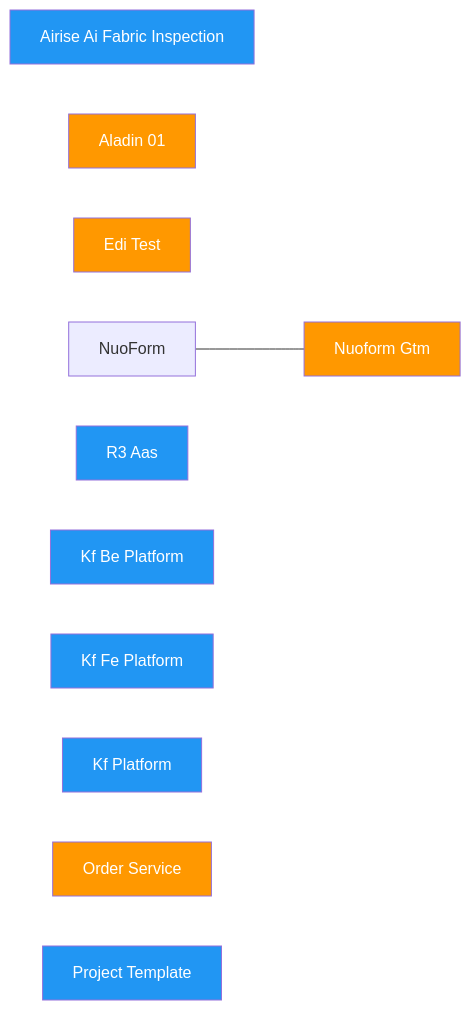
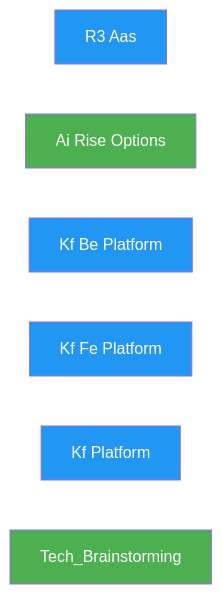
Before and after one commit to Katty-Fashion/kf-cpto: the diagram in docs/dependency-graph.md, drawn with Mermaid. The commit also changed other lines of this file and 23 other files, not shown here.

First line of the commit message:
feat(dashboard): scope to 6 curated repos, fix calendar table, emoji fence, move ASCII gantt

````diff
--- a/docs/dependency-graph.md
+++ b/docs/dependency-graph.md
@@ -10,17 +10,13 @@
 ```mermaid
 graph LR
-    AIRise-ai-fabric-inspection[Airise Ai Fabric Inspection]:::eu
-    Aladin-01[Aladin 01]:::internal
-    Edi-test[Edi Test]:::internal
-    NuoForm---GTM[Nuoform   Gtm]:::internal
     R3-AAS[R3 Aas]:::eu
+    ai-rise-options[Ai Rise Options]:::saas
     kf-be-platform[Kf Be Platform]:::eu
     kf-fe-platform[Kf Fe Platform]:::eu
     kf-platform[Kf Platform]:::eu
-    order-service[Order Service]:::internal
-    project-template[Project Template]:::eu
+    tech_brainstorming[Tech_Brainstorming]:::saas
 
     classDef saas fill:#4CAF50,color:#fff
     classDef eu fill:#2196F3,color:#fff
     classDef internal fill:#FF9800,color:#fff
 ```
````
